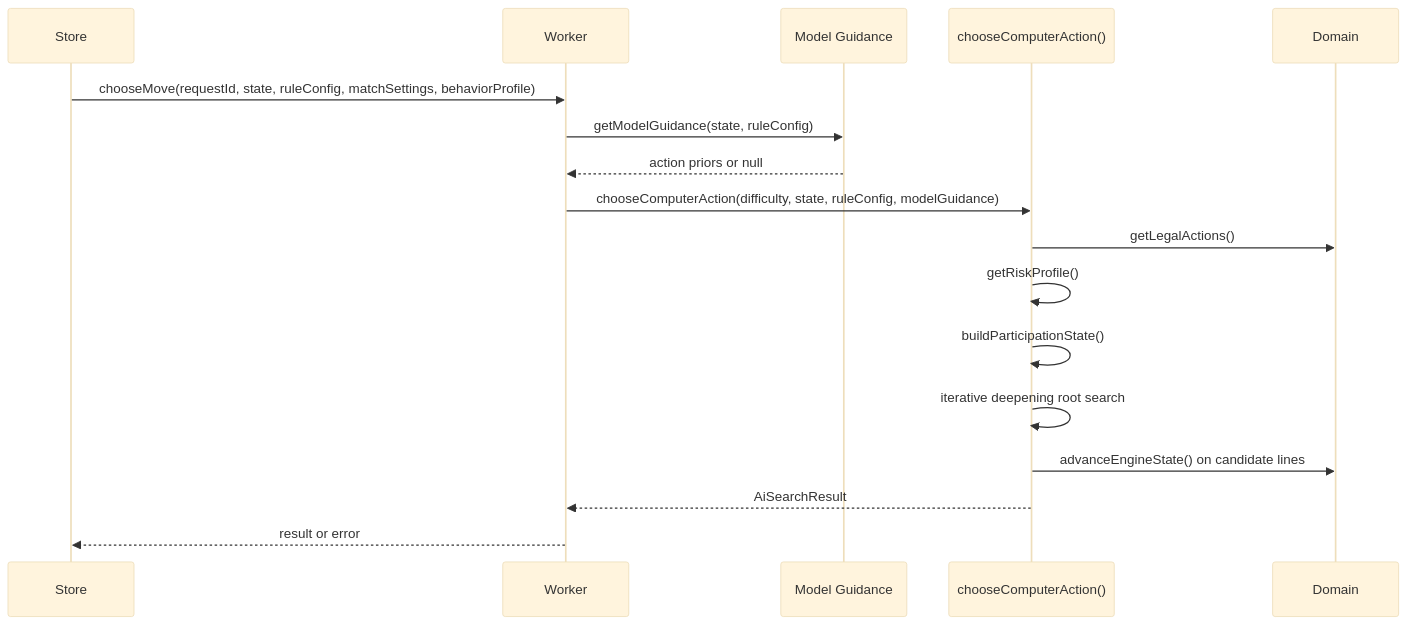
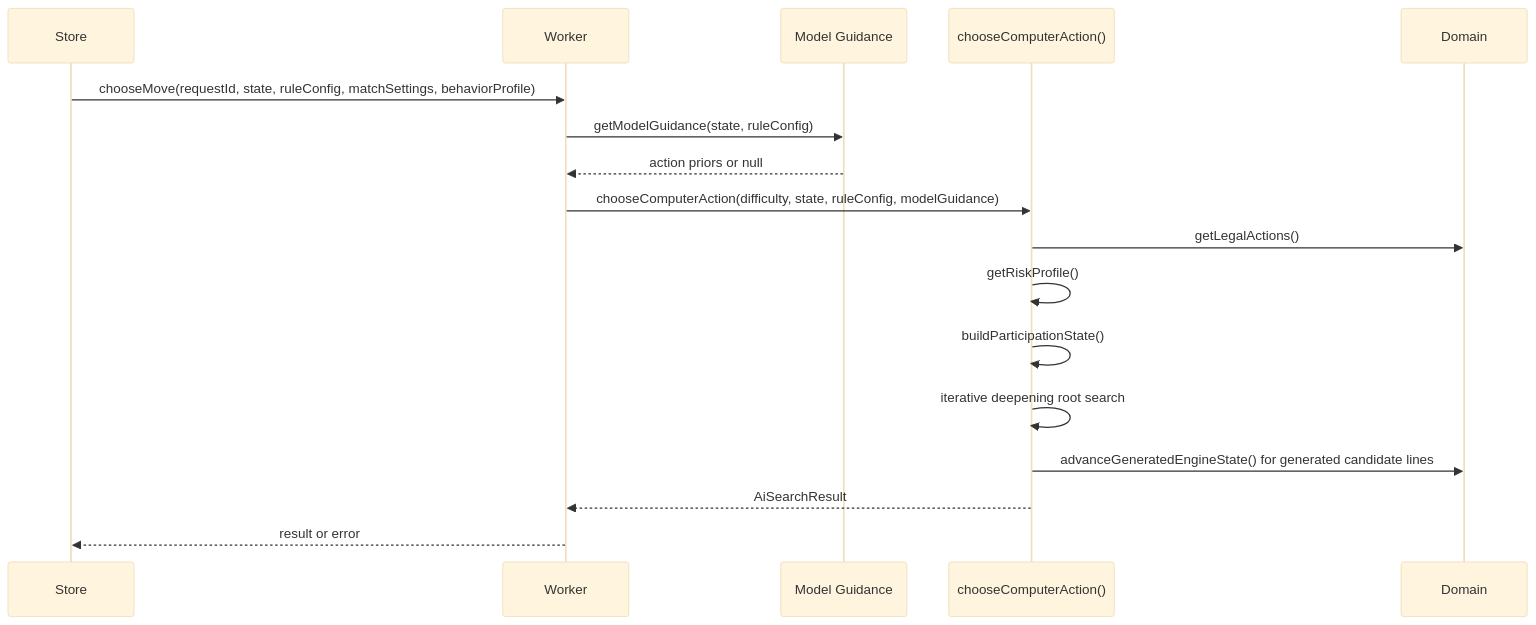
One commit to kstroevsky/youi-checkers changed the second of 5 diagrams in src/ai/README.md. Above: the diagram before and after it, drawn with Mermaid (base theme). The commit also changed other lines of this file and 8 other files, not shown here.

````diff
--- a/src/ai/README.md
+++ b/src/ai/README.md
@@ -75,20 +75,20 @@
 ```mermaid
 sequenceDiagram
   participant Store
   participant Worker
   participant Guidance as Model Guidance
   participant Search as chooseComputerAction()
   participant Domain
 
   Store->>Worker: chooseMove(requestId, state, ruleConfig, matchSettings, behaviorProfile)
   Worker->>Guidance: getModelGuidance(state, ruleConfig)
   Guidance-->>Worker: action priors or null
   Worker->>Search: chooseComputerAction(difficulty, state, ruleConfig, modelGuidance)
   Search->>Domain: getLegalActions()
   Search->>Search: getRiskProfile()
   Search->>Search: buildParticipationState()
   Search->>Search: iterative deepening root search
-  Search->>Domain: advanceEngineState() on candidate lines
+  Search->>Domain: advanceGeneratedEngineState() for generated candidate lines
   Search-->>Worker: AiSearchResult
   Worker-->>Store: result or error
 ```
````
